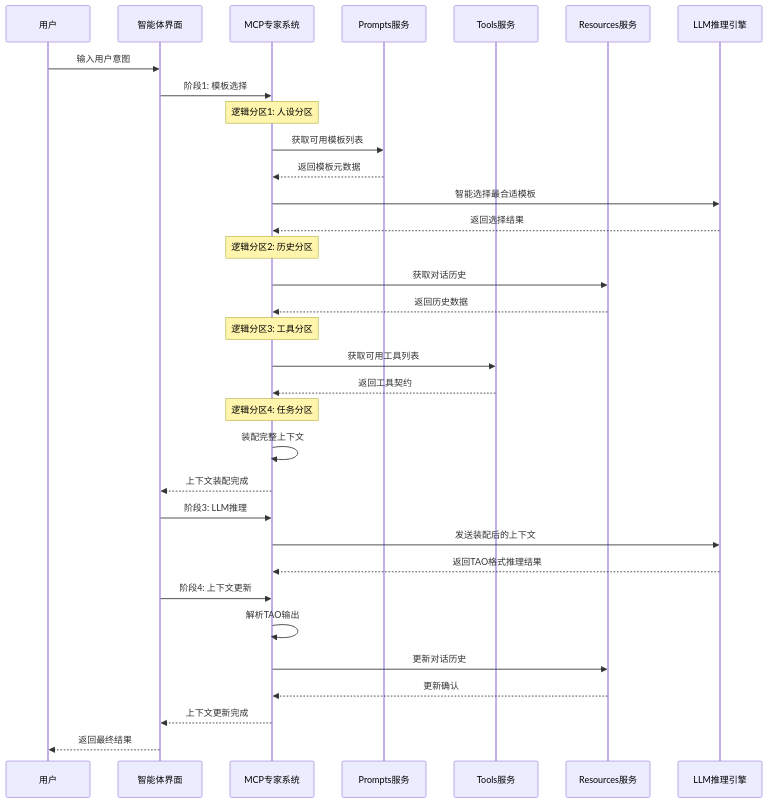
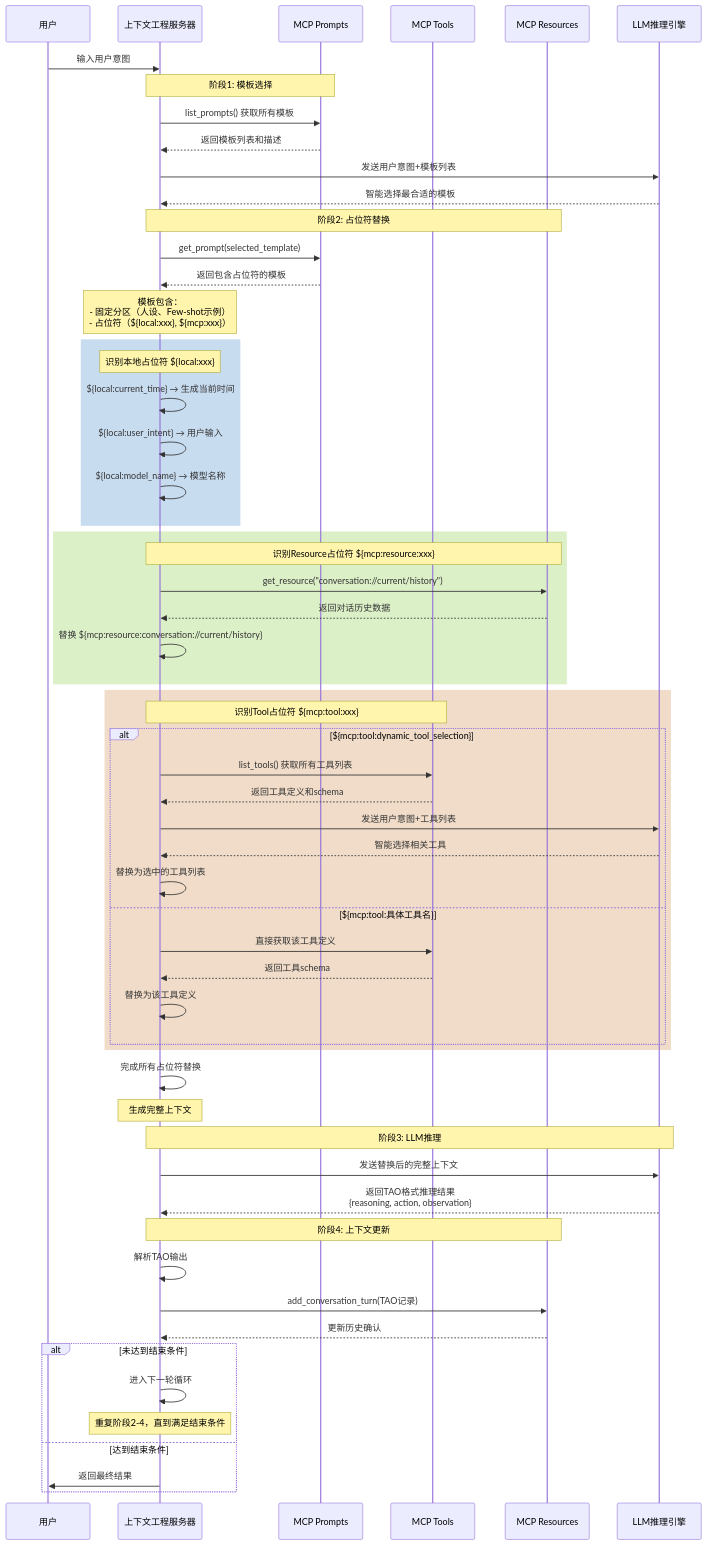
One commit to tylerelyt/test_bed changed the third of 5 diagrams in docs/CONTEXT_ENGINEERING_GUIDE.md. Above: the diagram before and after it, drawn with Mermaid. The commit also changed other lines of this file and 2 other files, not shown here.

````diff
--- a/docs/CONTEXT_ENGINEERING_GUIDE.md
+++ b/docs/CONTEXT_ENGINEERING_GUIDE.md
@@ -57,43 +86,71 @@
 ```mermaid
 sequenceDiagram
     participant User as 用户
-    participant UI as 智能体界面
-    participant MCP as MCP专家系统
-    participant Prompts as Prompts服务
-    participant Tools as Tools服务
-    participant Resources as Resources服务
+    participant CE as 上下文工程服务器
+    participant Prompts as MCP Prompts
+    participant Tools as MCP Tools
+    participant Resources as MCP Resources
     participant LLM as LLM推理引擎
     
-    User->>UI: 输入用户意图
-    UI->>MCP: 阶段1: 模板选择
+    User->>CE: 输入用户意图
     
-    Note over MCP: 逻辑分区1: 人设分区
-    MCP->>Prompts: 获取可用模板列表
-    Prompts-->>MCP: 返回模板元数据
-    MCP->>LLM: 智能选择最合适模板
-    LLM-->>MCP: 返回选择结果
+    Note over CE,Prompts: 阶段1: 模板选择
+    CE->>Prompts: list_prompts() 获取所有模板
+    Prompts-->>CE: 返回模板列表和描述
+    CE->>LLM: 发送用户意图+模板列表
+    LLM-->>CE: 智能选择最合适的模板
     
-    Note over MCP: 逻辑分区2: 历史分区
-    MCP->>Resources: 获取对话历史
-    Resources-->>MCP: 返回历史数据
+    Note over CE,Resources: 阶段2: 占位符替换
     
-    Note over MCP: 逻辑分区3: 工具分区
-    MCP->>Tools: 获取可用工具列表
-    Tools-->>MCP: 返回工具契约
+    CE->>Prompts: get_prompt(selected_template)
+    Prompts-->>CE: 返回包含占位符的模板
+    Note over CE: 模板包含：<br/>- 固定分区（人设、Few-shot示例）<br/>- 占位符（${local:xxx}, ${mcp:xxx}）
     
-    Note over MCP: 逻辑分区4: 任务分区
-    MCP->>MCP: 装配完整上下文
-    MCP-->>UI: 上下文装配完成
+    rect rgb(200, 220, 240)
+        Note over CE: 识别本地占位符 ${local:xxx}
+        CE->>CE: ${local:current_time} → 生成当前时间
+        CE->>CE: ${local:user_intent} → 用户输入
+        CE->>CE: ${local:model_name} → 模型名称
+    end
     
-    UI->>MCP: 阶段3: LLM推理
-    MCP->>LLM: 发送装配后的上下文
-    LLM-->>MCP: 返回TAO格式推理结果
+    rect rgb(220, 240, 200)
+        Note over CE,Resources: 识别Resource占位符 ${mcp:resource:xxx}
+        CE->>Resources: get_resource("conversation://current/history")
+        Resources-->>CE: 返回对话历史数据
+        CE->>CE: 替换 ${mcp:resource:conversation://current/history}
+    end
     
-    UI->>MCP: 阶段4: 上下文更新
-    MCP->>MCP: 解析TAO输出
-    MCP->>Resources: 更新对话历史
-    Resources-->>MCP: 更新确认
+    rect rgb(240, 220, 200)
+        Note over CE,Tools: 识别Tool占位符 ${mcp:tool:xxx}
+        alt ${mcp:tool:dynamic_tool_selection}
+            CE->>Tools: list_tools() 获取所有工具列表
+            Tools-->>CE: 返回工具定义和schema
+            CE->>LLM: 发送用户意图+工具列表
+            LLM-->>CE: 智能选择相关工具
+            CE->>CE: 替换为选中的工具列表
+        else ${mcp:tool:具体工具名}
+            CE->>Tools: 直接获取该工具定义
+            Tools-->>CE: 返回工具schema
+            CE->>CE: 替换为该工具定义
+        end
+    end
     
-    MCP-->>UI: 上下文更新完成
-    UI-->>User: 返回最终结果
+    CE->>CE: 完成所有占位符替换
+    Note over CE: 生成完整上下文
+    
+    Note over CE,LLM: 阶段3: LLM推理
+    CE->>LLM: 发送替换后的完整上下文
+    LLM-->>CE: 返回TAO格式推理结果<br/>{reasoning, action, observation}
+    
+    Note over CE,Resources: 阶段4: 上下文更新
+    CE->>CE: 解析TAO输出
+    CE->>Resources: add_conversation_turn(TAO记录)
+    Resources-->>CE: 更新历史确认
+    
+    alt 未达到结束条件
+        CE->>CE: 进入下一轮循环
+        Note over CE: 重复阶段2-4，直到满足结束条件
+    else 达到结束条件
+        CE->>User: 返回最终结果
+    end
 ```
````
